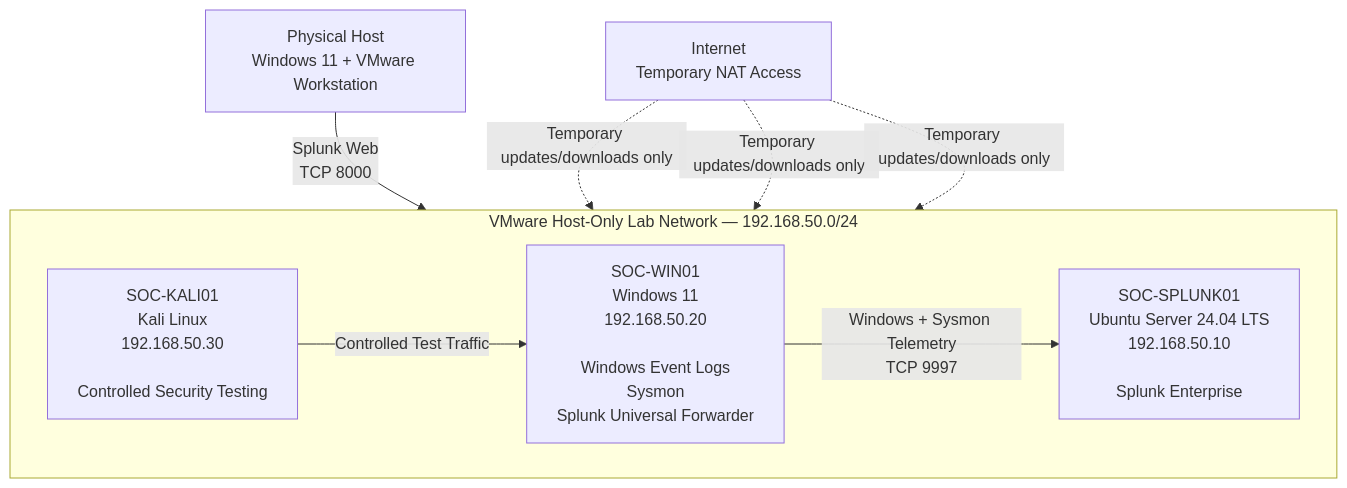
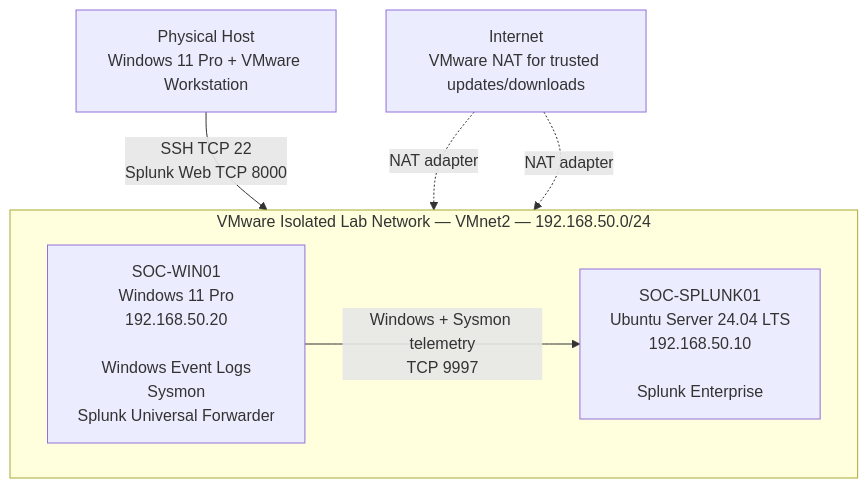
The diagram in docs/architecture.md (714tenny/soc-siem-detection-lab), drawn with Mermaid before and after one commit. The commit also changed other lines of this file, not shown here.

Commit message:
docs: update completed lab architecture

````diff
--- a/docs/architecture.md
+++ b/docs/architecture.md
@@ -13,25 +20,20 @@
-```mermaid
+~~~mermaid
 flowchart TB
 
-    HOST["Physical Host<br/>Windows 11 + VMware Workstation"]
-    INTERNET["Internet<br/>Temporary NAT Access"]
+    HOST["Physical Host<br/>Windows 11 Pro + VMware Workstation"]
+    INTERNET["Internet<br/>VMware NAT for trusted updates/downloads"]
 
-    subgraph LAB["VMware Host-Only Lab Network — 192.168.50.0/24"]
+    subgraph LAB["VMware Isolated Lab Network — VMnet2 — 192.168.50.0/24"]
         direction LR
 
-        KALI["SOC-KALI01<br/>Kali Linux<br/>192.168.50.30<br/><br/>Controlled Security Testing"]
-
-        WIN["SOC-WIN01<br/>Windows 11<br/>192.168.50.20<br/><br/>Windows Event Logs<br/>Sysmon<br/>Splunk Universal Forwarder"]
+        WIN["SOC-WIN01<br/>Windows 11 Pro<br/>192.168.50.20<br/><br/>Windows Event Logs<br/>Sysmon<br/>Splunk Universal Forwarder"]
 
         SPLUNK["SOC-SPLUNK01<br/>Ubuntu Server 24.04 LTS<br/>192.168.50.10<br/><br/>Splunk Enterprise"]
 
-        KALI -->|"Controlled Test Traffic"| WIN
-        WIN -->|"Windows + Sysmon Telemetry<br/>TCP 9997"| SPLUNK
+        WIN -->|"Windows + Sysmon telemetry<br/>TCP 9997"| SPLUNK
     end
 
-    HOST -->|"Splunk Web<br/>TCP 8000"| SPLUNK
-
-    INTERNET -.->|"Temporary updates/downloads only"| SPLUNK
-    INTERNET -.->|"Temporary updates/downloads only"| WIN
-    INTERNET -.->|"Temporary updates/downloads only"| KALI
-```
+    HOST -->|"SSH TCP 22<br/>Splunk Web TCP 8000"| SPLUNK
+    INTERNET -.->|"NAT adapter"| SPLUNK
+    INTERNET -.->|"NAT adapter"| WIN
+~~~
````
